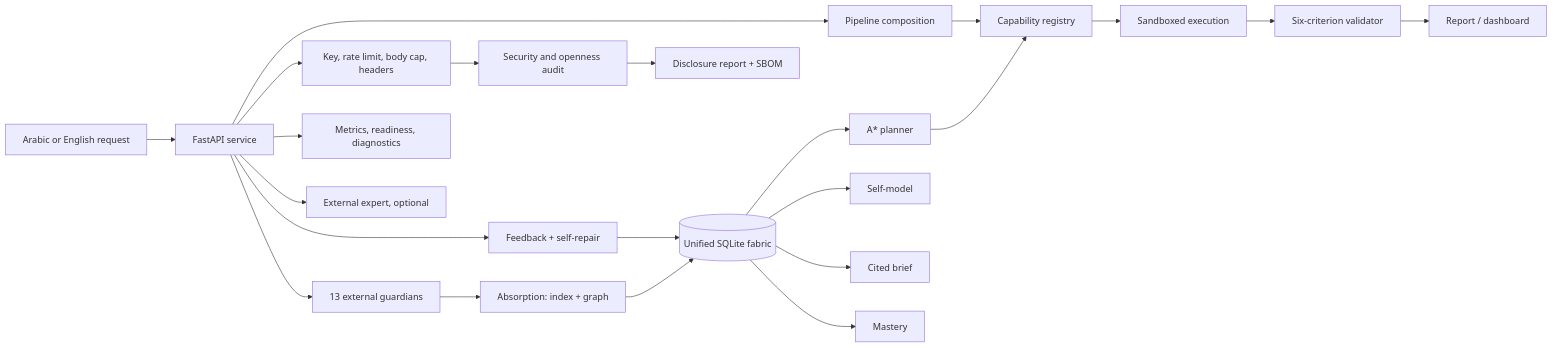
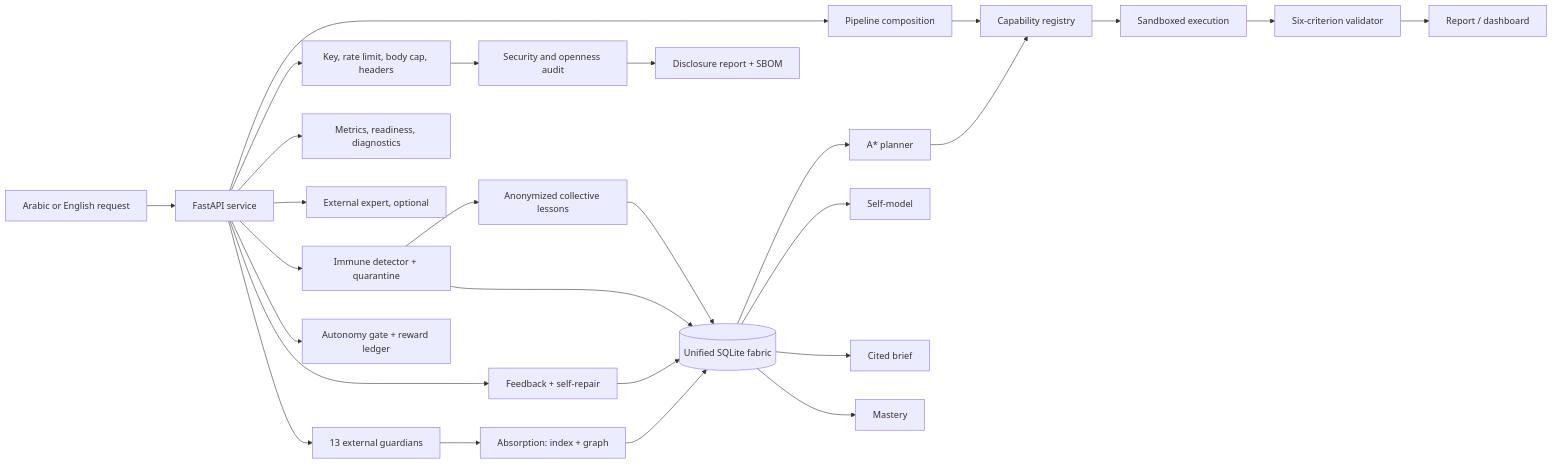
Before and after one commit to mansourhashad8-tech/sovereign-fabric: the diagram in docs/ARCHITECTURE.md, drawn with Mermaid. The commit also changed other lines of this file and 13 other files, not shown here.

First line of the commit message:
Activate bounded cyber immunity, collective lessons, and an autonomy gate

````diff
--- a/docs/ARCHITECTURE.md
+++ b/docs/ARCHITECTURE.md
@@ -3,24 +3,29 @@
 ```mermaid
 flowchart LR
   U[Arabic or English request] --> API[FastAPI service]
   API --> G[13 external guardians]
   G --> A[Absorption: index + graph]
   A --> F[(Unified SQLite fabric)]
   F --> P[A* planner]
   P --> C[Capability registry]
   C --> X[Sandboxed execution]
   API --> PL[Pipeline composition]
   PL --> C
   X --> V[Six-criterion validator]
   V --> R[Report / dashboard]
   F --> S[Self-model]
   F --> B[Cited brief]
   F --> M[Mastery]
   API --> GUARD[Key, rate limit, body cap, headers]
   API --> OPS[Metrics, readiness, diagnostics]
   API --> EX[External expert, optional]
   API --> FB[Feedback + self-repair]
   FB --> F
+  API --> IM[Immune detector + quarantine]
+  IM --> F
+  IM --> CO[Anonymized collective lessons]
+  CO --> F
+  API --> AU[Autonomy gate + reward ledger]
   GUARD --> SEC[Security and openness audit]
   SEC --> D[Disclosure report + SBOM]
 ```
````
